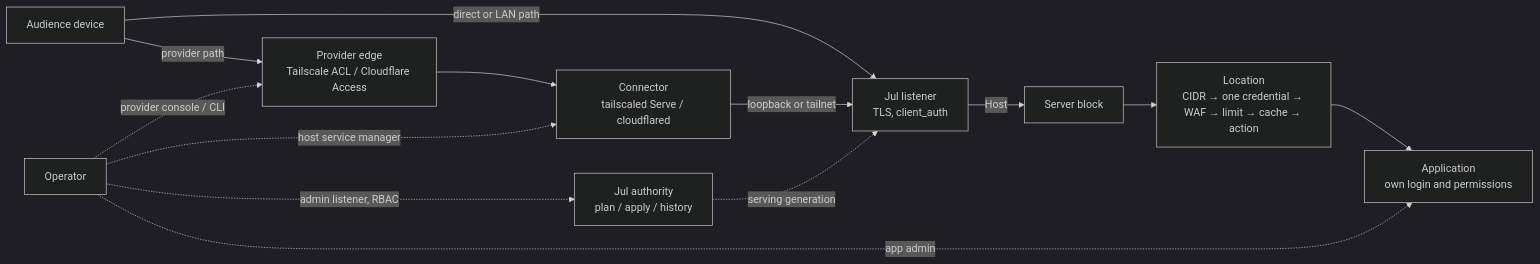
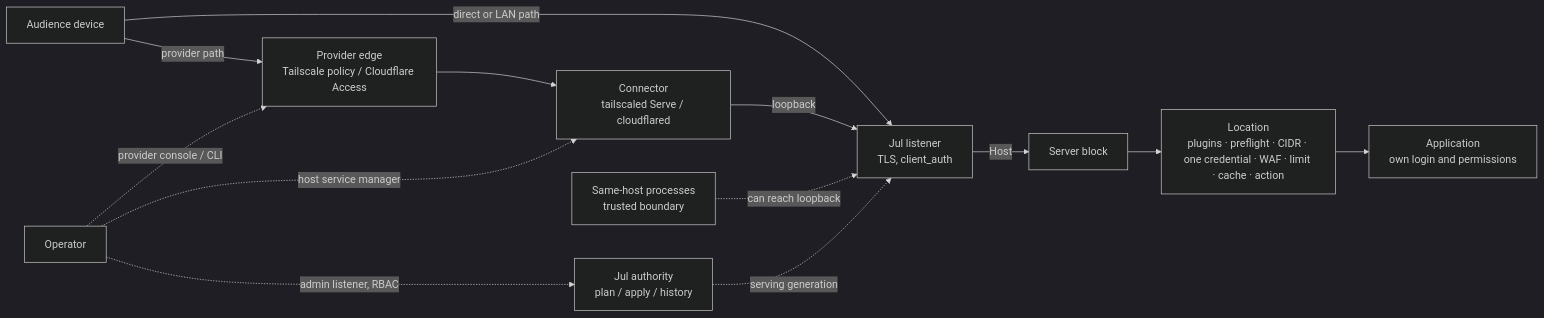
The diagram in docs/specs/application-sharing.md (victornife/jul), drawn with Mermaid (dark theme) before and after one commit. The commit also changed other lines of this file and 7 other files, not shown here.

````diff
--- a/docs/specs/application-sharing.md
+++ b/docs/specs/application-sharing.md
@@ -338,15 +343,15 @@
 ```mermaid
 flowchart LR
-    U[Audience device] -->|provider path| PE[Provider edge<br/>Tailscale ACL / Cloudflare Access]
+    U[Audience device] -->|provider path| PE[Provider edge<br/>Tailscale policy / Cloudflare Access]
     PE --> C[Connector<br/>tailscaled Serve / cloudflared]
     U -->|direct or LAN path| L
-    C -->|loopback or tailnet| L[Jul listener<br/>TLS, client_auth]
+    C -->|loopback| L[Jul listener<br/>TLS, client_auth]
+    P[Same-host processes<br/>trusted boundary] -.->|can reach loopback| L
     L -->|Host| S[Server block]
-    S --> R[Location<br/>CIDR → one credential → WAF → limit → cache → action]
+    S --> R[Location<br/>plugins · preflight · CIDR · one credential · WAF · limit · cache · action]
     R --> A[Application<br/>own login and permissions]
     O[Operator] -.->|admin listener, RBAC| J[Jul authority<br/>plan / apply / history]
     O -.->|provider console / CLI| PE
     O -.->|host service manager| C
-    O -.->|app admin| A
     J -.->|serving generation| L
 ```
````
